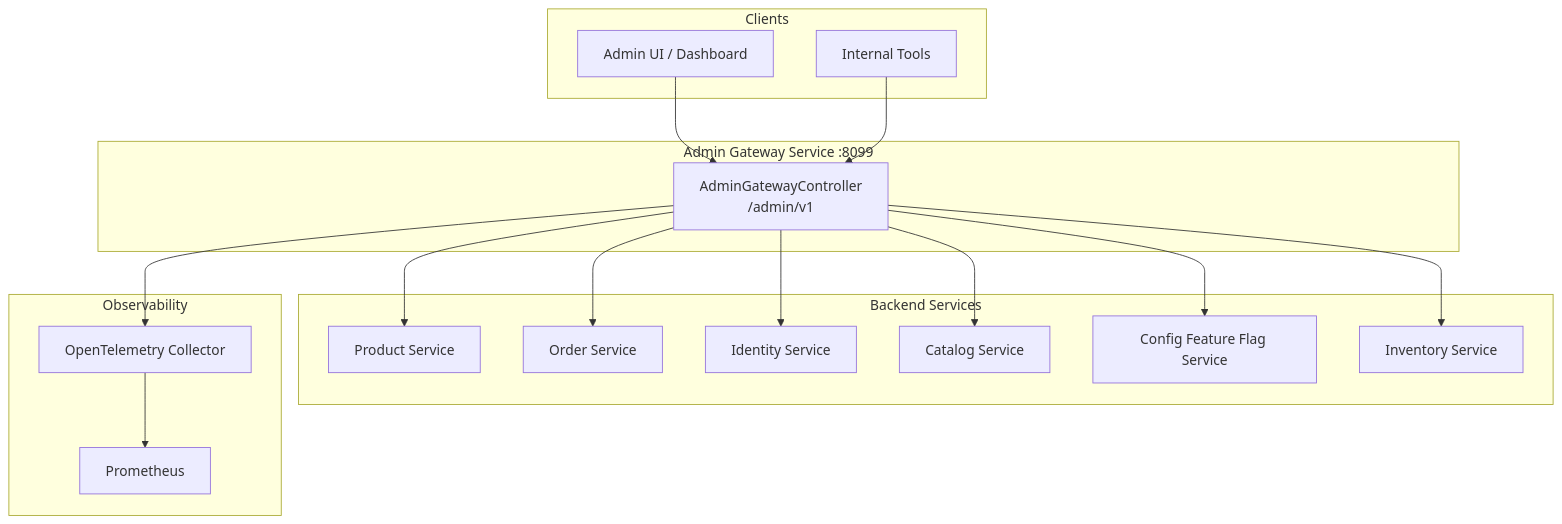
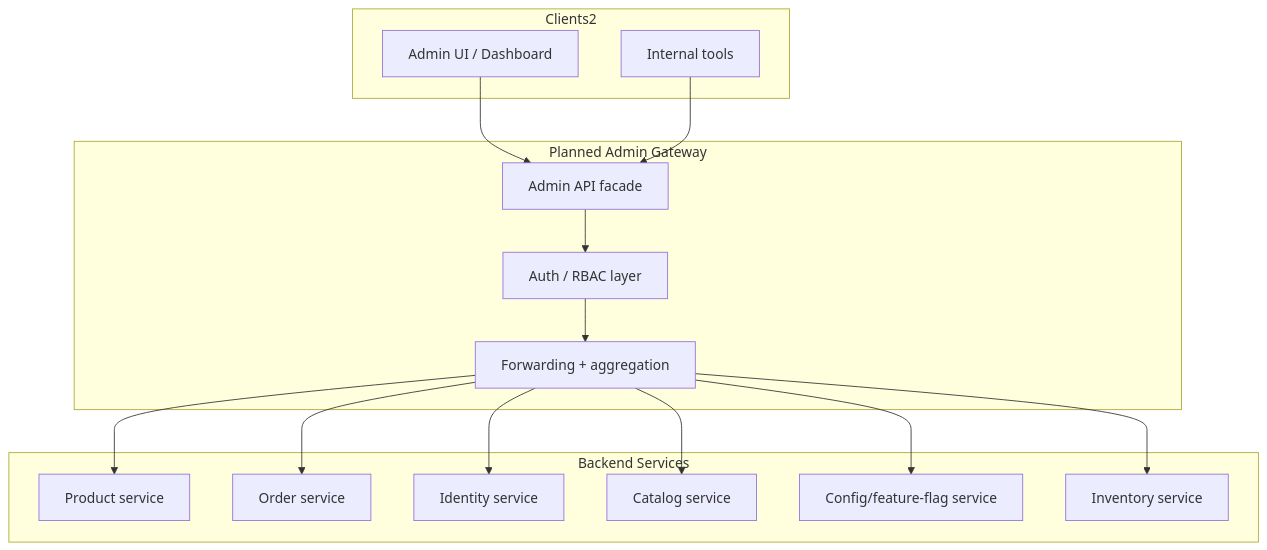
One commit to sunitakeazycommerz-a11y/InstaCommerce changed the fourth of 5 diagrams in services/admin-gateway-service/README.md. Above: the diagram before and after it, drawn with Mermaid. The commit also changed other lines of this file and 1 other file, not shown here.

First line of the commit message:
docs(edge): document scaffold gateway states

````diff
--- a/services/admin-gateway-service/README.md
+++ b/services/admin-gateway-service/README.md
@@ -19,38 +68,33 @@
 ```mermaid
 graph TB
-    subgraph Clients
+    subgraph Clients2
         ADMIN_UI[Admin UI / Dashboard]
-        INTERNAL[Internal Tools]
+        INTERNAL[Internal tools]
     end
 
-    subgraph Admin Gateway Service :8099
-        AGC[AdminGatewayController<br>/admin/v1]
+    subgraph Planned Admin Gateway
+        EDGE[Admin API facade]
+        AUTH[Auth / RBAC layer]
+        FWD[Forwarding + aggregation]
     end
 
     subgraph Backend Services
-        PRODUCT[Product Service]
-        ORDER[Order Service]
-        USER[Identity Service]
-        CATALOG[Catalog Service]
-        FF[Config Feature Flag Service]
-        INV[Inventory Service]
+        PRODUCT[Product service]
+        ORDER[Order service]
+        USER[Identity service]
+        CATALOG[Catalog service]
+        FF[Config/feature-flag service]
+        INV[Inventory service]
     end
 
-    subgraph Observability
-        OTEL[OpenTelemetry Collector]
-        PROM[Prometheus]
-    end
-
-    ADMIN_UI --> AGC
-    INTERNAL --> AGC
-
-    AGC --> PRODUCT
-    AGC --> ORDER
-    AGC --> USER
-    AGC --> CATALOG
-    AGC --> FF
-    AGC --> INV
-
-    AGC --> OTEL
-    OTEL --> PROM
+    ADMIN_UI --> EDGE
+    INTERNAL --> EDGE
+    EDGE --> AUTH
+    AUTH --> FWD
+    FWD --> PRODUCT
+    FWD --> ORDER
+    FWD --> USER
+    FWD --> CATALOG
+    FWD --> FF
+    FWD --> INV
 ```
````
